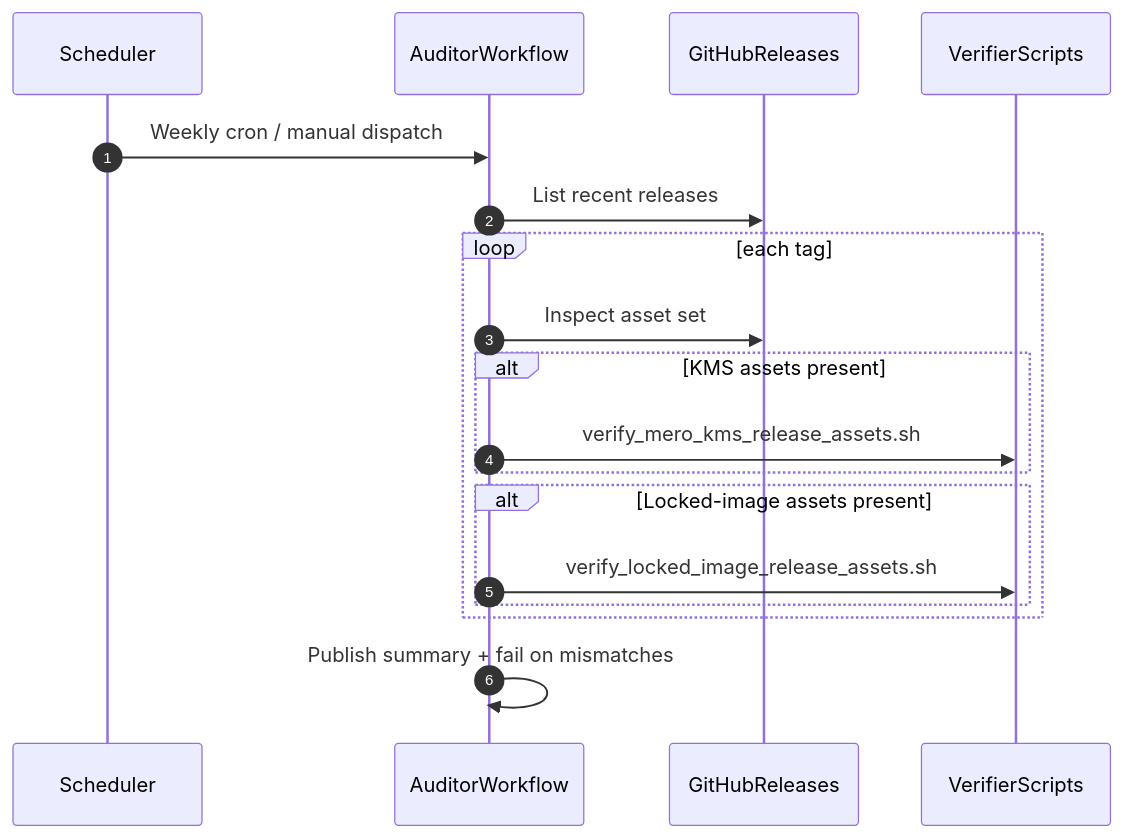
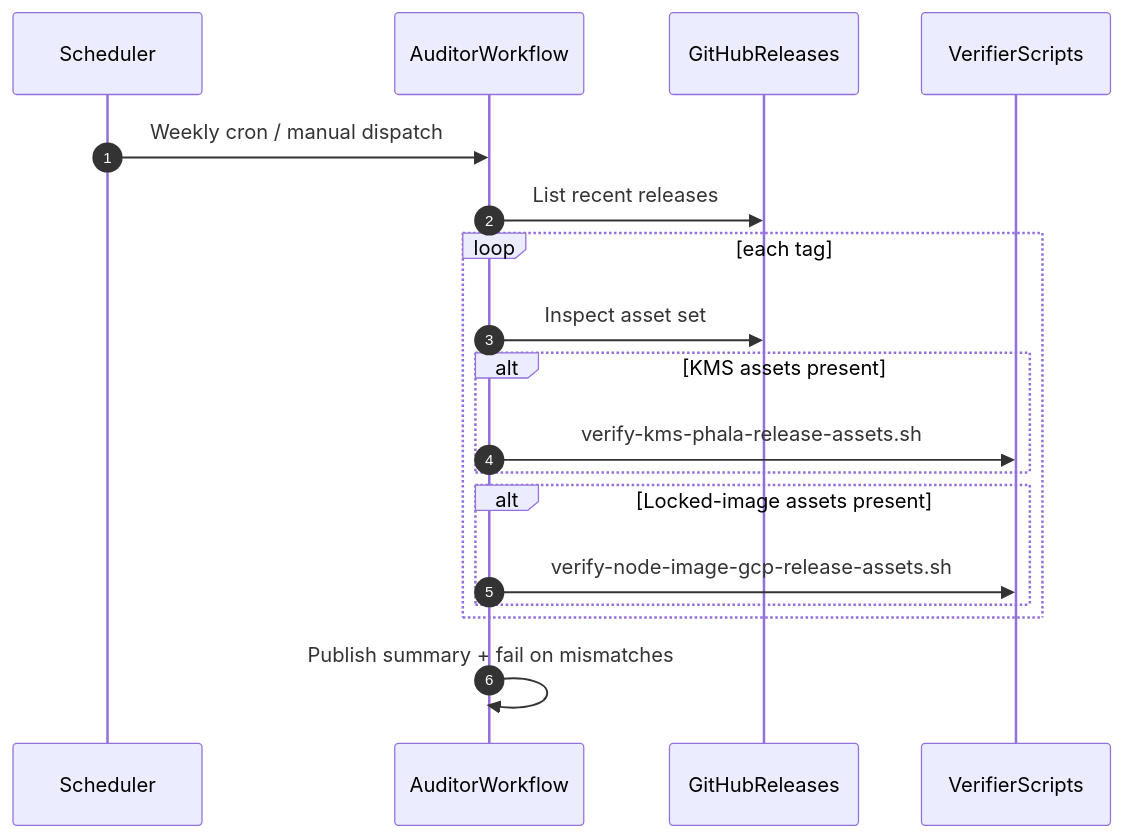
The third of 3 diagrams in docs/RELEASE_PIPELINE_SEQUENCE_DIAGRAMS.md (calimero-network/mero-tee), drawn with Mermaid before and after one commit. The commit also changed other lines of this file and 57 other files, not shown here.

````diff
--- a/docs/RELEASE_PIPELINE_SEQUENCE_DIAGRAMS.md
+++ b/docs/RELEASE_PIPELINE_SEQUENCE_DIAGRAMS.md
@@ -52,21 +52,21 @@
 ```mermaid
 sequenceDiagram
   autonumber
   participant Scheduler
   participant AuditorWorkflow
   participant GitHubReleases
   participant VerifierScripts
 
   Scheduler->>AuditorWorkflow: Weekly cron / manual dispatch
   AuditorWorkflow->>GitHubReleases: List recent releases
   loop each tag
     AuditorWorkflow->>GitHubReleases: Inspect asset set
     alt KMS assets present
-      AuditorWorkflow->>VerifierScripts: verify_mero_kms_release_assets.sh
+      AuditorWorkflow->>VerifierScripts: verify-kms-phala-release-assets.sh
     end
     alt Locked-image assets present
-      AuditorWorkflow->>VerifierScripts: verify_locked_image_release_assets.sh
+      AuditorWorkflow->>VerifierScripts: verify-node-image-gcp-release-assets.sh
     end
   end
   AuditorWorkflow->>AuditorWorkflow: Publish summary + fail on mismatches
 ```
````
